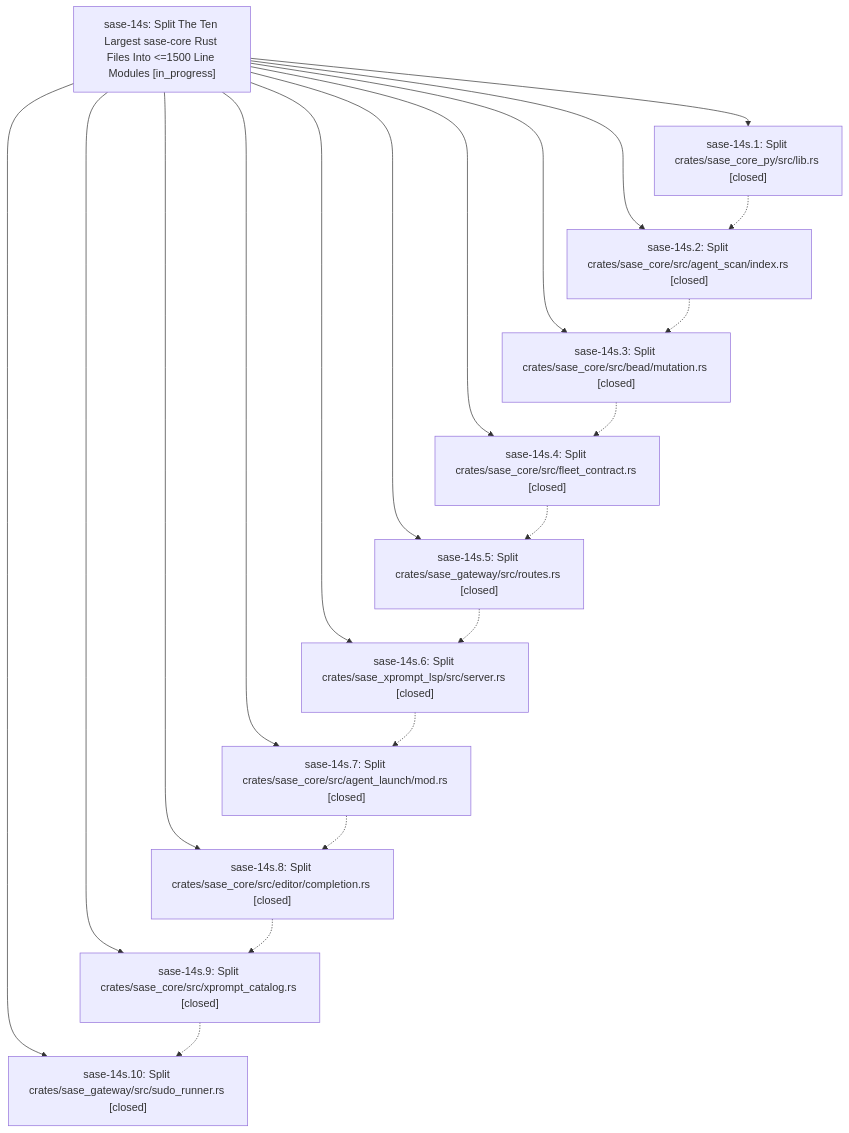
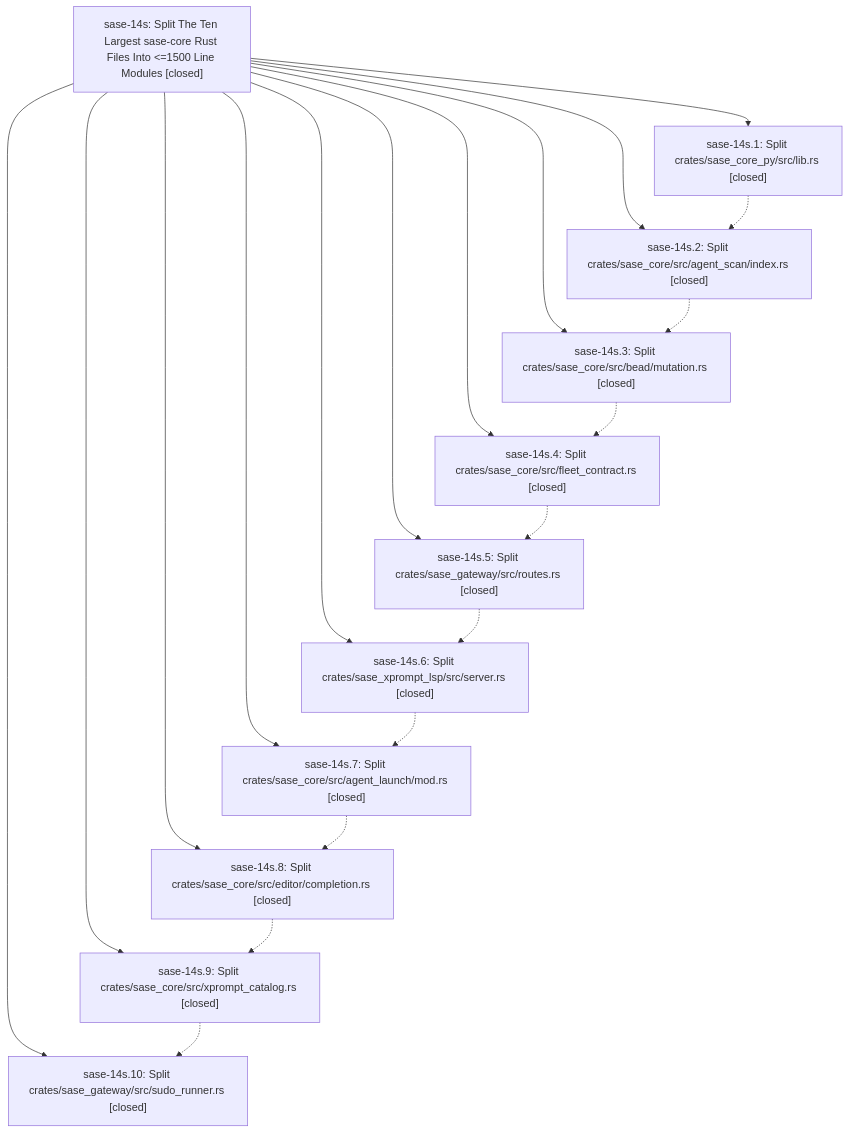
The diagram in pages/sase-14s/README.md (sase-org/sase--beads), drawn with Mermaid before and after one commit. The commit also changed other lines of this file, not shown here.

First line of the commit message:
chore(beads): sync bead state and pages for sase-14s

````diff
--- a/pages/sase-14s/README.md
+++ b/pages/sase-14s/README.md
@@ -43,33 +47,33 @@
 ```mermaid
 flowchart TD
-    n0["sase-14s: Split The Ten Largest sase-core Rust Files Into &lt;=1500 Line Modules [in_progress]"]
+    n0["sase-14s: Split The Ten Largest sase-core Rust Files Into &lt;=1500 Line Modules [closed]"]
     n1["sase-14s.1: Split crates/sase_core_py/src/lib.rs [closed]"]
     n2["sase-14s.10: Split crates/sase_gateway/src/sudo_runner.rs [closed]"]
     n3["sase-14s.2: Split crates/sase_core/src/agent_scan/index.rs [closed]"]
     n4["sase-14s.3: Split crates/sase_core/src/bead/mutation.rs [closed]"]
     n5["sase-14s.4: Split crates/sase_core/src/fleet_contract.rs [closed]"]
     n6["sase-14s.5: Split crates/sase_gateway/src/routes.rs [closed]"]
     n7["sase-14s.6: Split crates/sase_xprompt_lsp/src/server.rs [closed]"]
     n8["sase-14s.7: Split crates/sase_core/src/agent_launch/mod.rs [closed]"]
     n9["sase-14s.8: Split crates/sase_core/src/editor/completion.rs [closed]"]
     n10["sase-14s.9: Split crates/sase_core/src/xprompt_catalog.rs [closed]"]
     n0 --> n1
     n0 --> n2
     n0 --> n3
     n0 --> n4
     n0 --> n5
     n0 --> n6
     n0 --> n7
     n0 --> n8
     n0 --> n9
     n0 --> n10
     n1 -.-> n3
     n3 -.-> n4
     n4 -.-> n5
     n5 -.-> n6
     n6 -.-> n7
     n7 -.-> n8
     n8 -.-> n9
     n9 -.-> n10
     n10 -.-> n2
 ```
````
